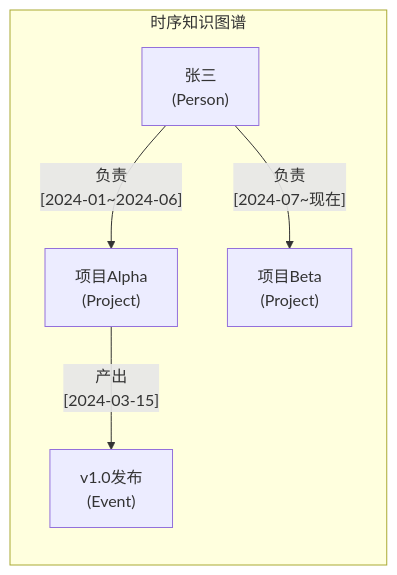
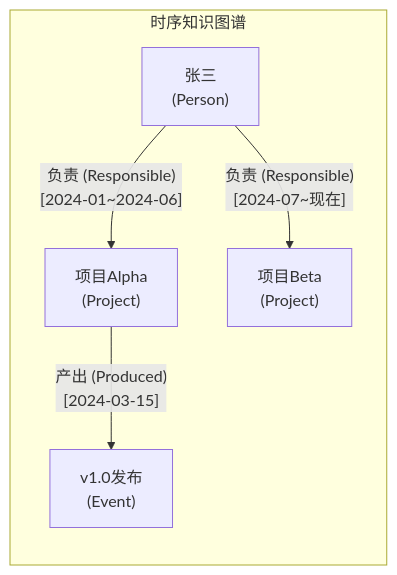
Before and after one commit to yeasy/agentic_ai_guide: the diagram in 03_memory/3.5_graph_memory.md, drawn with Mermaid. The commit also changed other lines of this file and 75 other files, not shown here.

````diff
--- a/03_memory/3.5_graph_memory.md
+++ b/03_memory/3.5_graph_memory.md
@@ -34,13 +34,13 @@
 ```mermaid
 graph LR
     subgraph TKG["时序知识图谱"]
         E1["张三<br/>(Person)"]
         E2["项目Alpha<br/>(Project)"]
         E3["v1.0发布<br/>(Event)"]
         E4["项目Beta<br/>(Project)"]
         
-        E1 -->|"负责<br/>[2024-01~2024-06]"| E2
-        E1 -->|"负责<br/>[2024-07~现在]"| E4
-        E2 -->|"产出<br/>[2024-03-15]"| E3
+        E1 -->|"负责 (Responsible)<br/>[2024-01~2024-06]"| E2
+        E1 -->|"负责 (Responsible)<br/>[2024-07~现在]"| E4
+        E2 -->|"产出 (Produced)<br/>[2024-03-15]"| E3
     end
 ```
````
